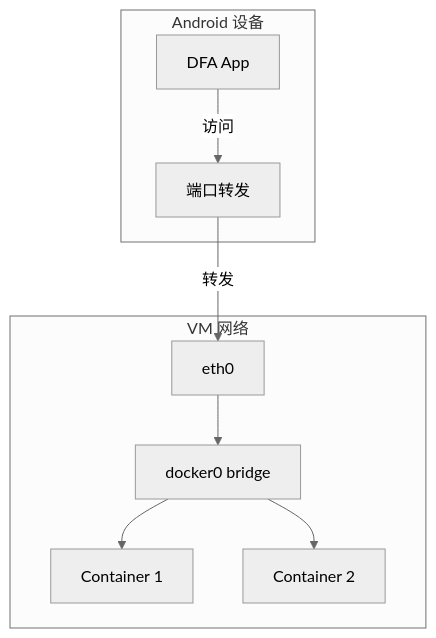
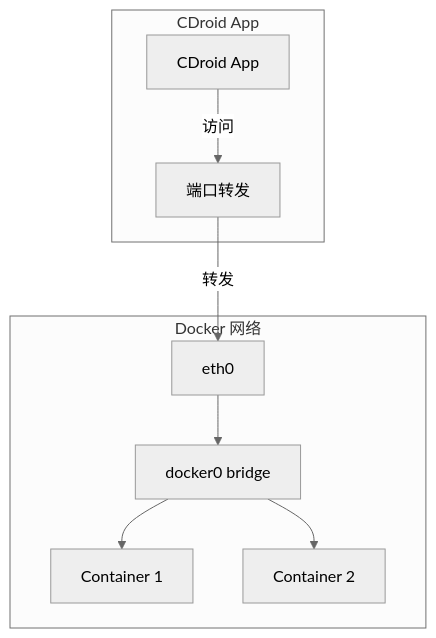
The sixth of 7 diagrams in docs/DOCKER-INTEGRATION.md (LineCatOvO/DFA), drawn with Mermaid (neutral theme) before and after one commit. The commit also changed other lines of this file and 25 other files, not shown here.

````diff
--- a/docs/DOCKER-INTEGRATION.md
+++ b/docs/DOCKER-INTEGRATION.md
@@ -419,20 +305,20 @@
 ```mermaid
 graph TB
-    subgraph "Android 设备"
-        A[DFA App]
+    subgraph "CDroid App"
+        A[CDroid App]
         B[端口转发]
     end
     
-    subgraph "VM 网络"
+    subgraph "Docker 网络"
         C[eth0]
         D[docker0 bridge]
         E[Container 1]
         F[Container 2]
     end
     
     A -->|访问| B
     B -->|转发| C
     C --> D
     D --> E
     D --> F
 ```
````
